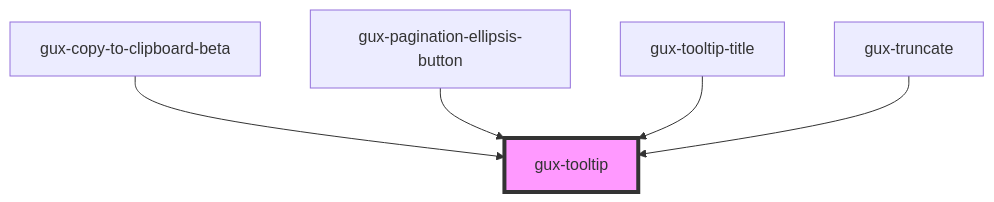
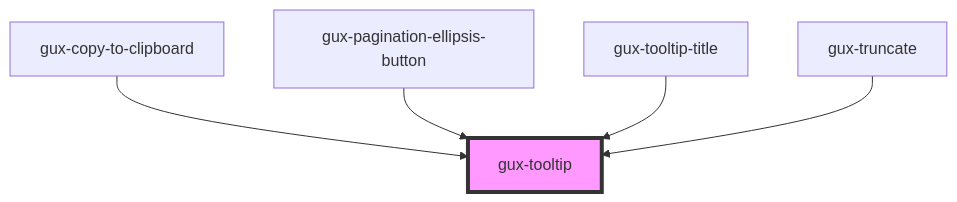
One commit to MyPureCloud/genesys-spark changed the diagram in packages/genesys-spark-components/src/components/stable/gux-tooltip/readme.md. Above: the diagram before and after it, drawn with Mermaid. The commit also changed other lines of this file and 12 other files, not shown here.

First line of the commit message:
refactor(copy-to-clipboard): move from beta to stable

````diff
--- a/packages/genesys-spark-components/src/components/stable/gux-tooltip/readme.md
+++ b/packages/genesys-spark-components/src/components/stable/gux-tooltip/readme.md
@@ -74,8 +74,8 @@
 ```mermaid
 graph TD;
-  gux-copy-to-clipboard-beta --> gux-tooltip
+  gux-copy-to-clipboard --> gux-tooltip
   gux-pagination-ellipsis-button --> gux-tooltip
   gux-tooltip-title --> gux-tooltip
   gux-truncate --> gux-tooltip
   style gux-tooltip fill:#f9f,stroke:#333,stroke-width:4px
 ```
````
